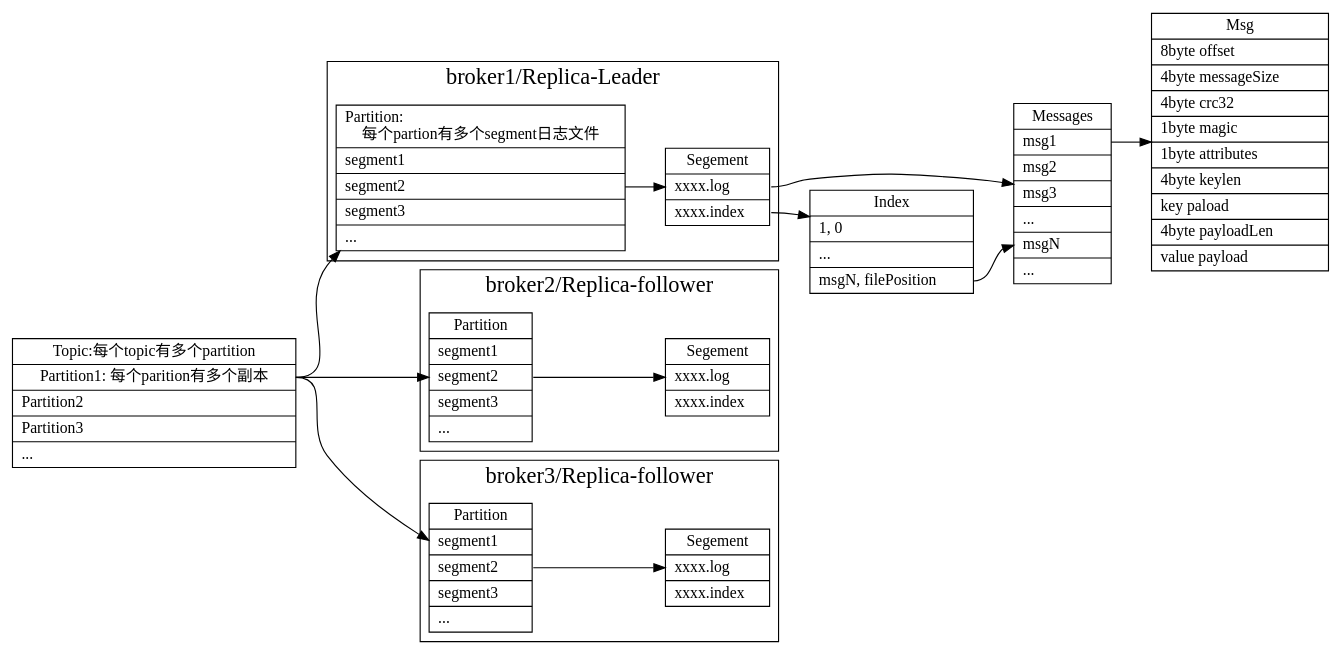
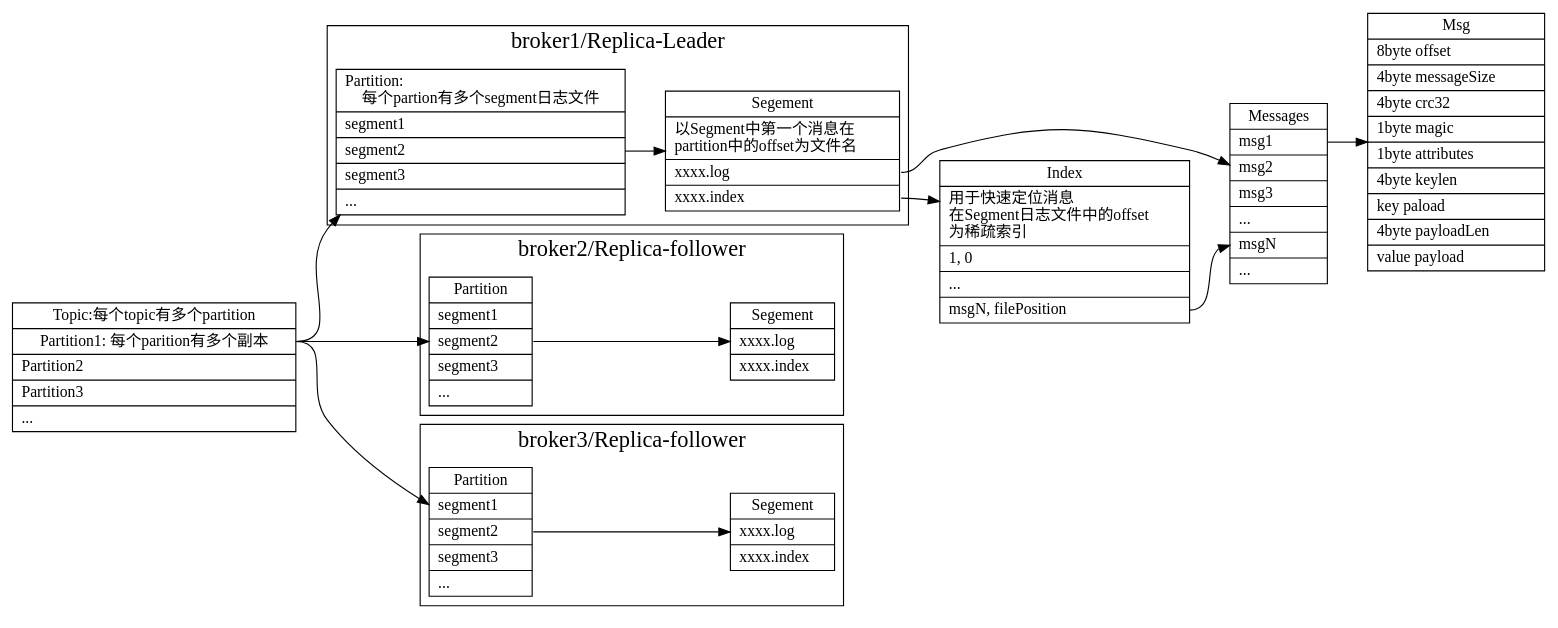
The diagram in src/kafka/log_struct.dot (xieyu/blog), drawn with Graphviz before and after one commit. The commit also changed 11 other files, not shown here.

```diff
--- a/src/kafka/log_struct.dot
+++ b/src/kafka/log_struct.dot
@@ -1,122 +1,126 @@
 digraph logStruct {
   node[shape=box];
   newrank=true;
   rankdir=LR;
   Topic[shape="record";
     label="{{
       Topic:每个topic有多个partition|
         <p> Partition1: 每个parition有多个副本|
         Partition2 \l|
         Partition3\l|
         ...\l
     }}";
   ];
 
   Partition[shape="record";
     label="{{
       Partition:\l每个partion有多个segment日志文件|
         segment1 \l|
         <s> segment2 \l|
         segment3 \l|
         ... \l
     }}";
   ];
   Segement[shape="record";
     label="{{
       Segement|
+      以Segment中第一个消息在\l
+      partition中的offset为文件名\l|
         <msg> xxxx.log\l|
         <index> xxxx.index\l
     }}";
   ];
 
   Messages[shape="record";
     label="{{
       Messages|
         <msg> msg1\l|
         msg2\l|
         msg3\l|
         ...\l|
         <msgN> msgN\l|
         ...\l
     }}";
   ];
-
   Index[shape="record";
     label="{{
       Index|
+      用于快速定位消息\l 
+      在Segment日志文件中的offset\l
+      为稀疏索引\l|
         1, 0\l|
         ...\l|
         <msgN> msgN, filePosition\l
     }}";
   ];
   Message[shape="record";
     label="{{
       Msg|
         8byte offset\l|
         4byte messageSize \l|
         4byte crc32\l|
         1byte magic\l|
         1byte attributes\l|
         4byte keylen\l|
         key paload\l|
         4byte payloadLen\l|
         value payload\l
     }}";
   ];
 
   Segement:msg -> Messages;
   Segement:index -> Index;
   Messages:msg -> Message;
   Index:msgN -> Messages:msgN;
 
   subgraph cluster_ReplicaLeader {
     graph[label="broker1/Replica-Leader";fontsize=20;];
     Partition;
     Segement;
   }
 
   subgraph cluster_Replica2 {
     graph[label="broker2/Replica-follower";fontsize=20;];
     Partition2[shape="record";
       label="{{
         Partition|
           segment1 \l|
           <s> segment2 \l|
           segment3 \l|
           ... \l
       }}";
     ];
     Segement2[shape="record";
       label="{{
         Segement|
           xxxx.log\l|
           xxxx.index\l
       }}";
     ];
     Partition2:s -> Segement2;
   }
 
   subgraph cluster_Replica3 {
     graph[label="broker3/Replica-follower";fontsize=20;];
     Partition3[shape="record";
       label="{{
         Partition|
           segment1 \l|
           <s> segment2 \l|
           segment3 \l|
           ... \l
       }}";
     ];
     Segement3[shape="record";
       label="{{
         Segement|
           xxxx.log\l|
           xxxx.index\l
       }}";
     ];
     Partition3:s -> Segement3;
   }
 
   Topic:p -> {Partition, Partition2, Partition3};
   Partition:s -> Segement;
 }
```
